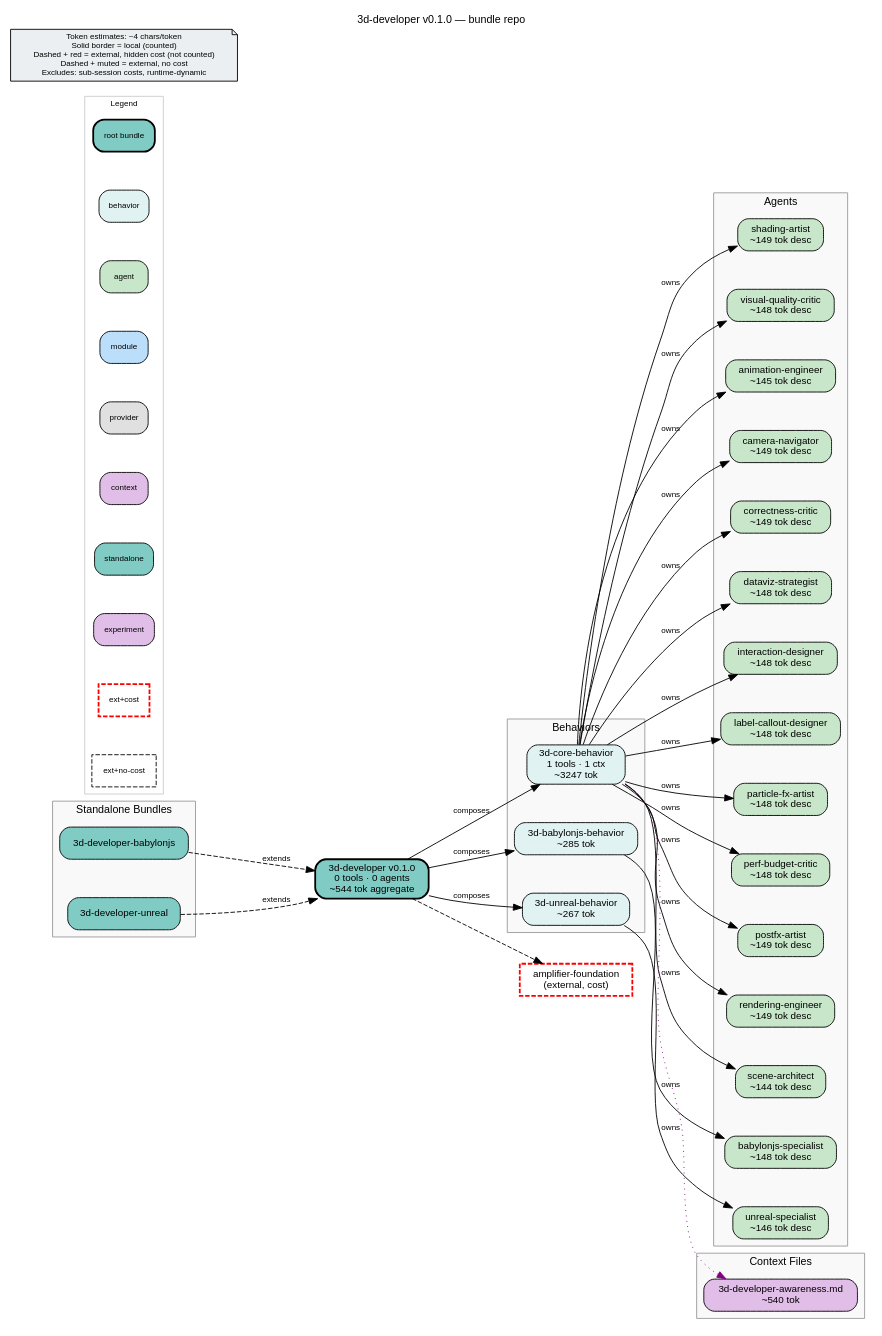
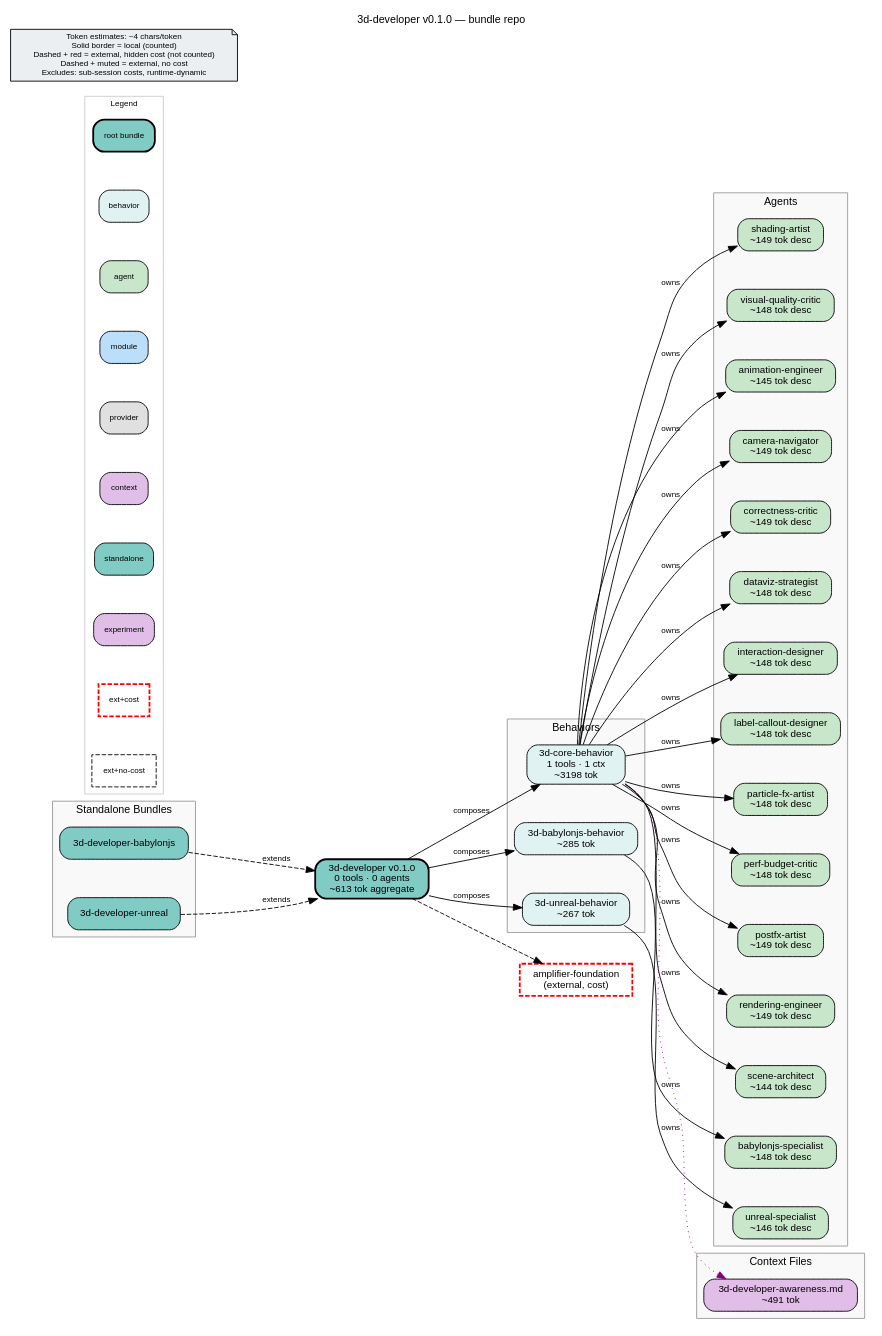
The diagram in bundle.dot (colombod/amplifier-bundle-3d-developer), drawn with Graphviz before and after one commit. The commit also changed 4 other files, not shown here.

```diff
--- a/bundle.dot
+++ b/bundle.dot
@@ -1,116 +1,116 @@
 digraph n_3d_developer {
     rankdir=LR
     fontname="Helvetica"
     fontsize=12
     label="3d-developer v0.1.0 — bundle repo"
     labelloc=t
     labeljust=c
     nodesep=0.6
     ranksep=0.7
     bgcolor="white"
-    source_hash="8291c262c5576c7ab601466cf316b7c47fe72918a26efbe2048cf6c9a2c92885"
+    source_hash="7f9e7f44a97bf2ca8e852a793d760c52429abb2fe4b4b2e5582942f44c4f1efe"
 
     node [fontname="Helvetica", fontsize=11, style="filled,rounded"]
     edge [fontname="Helvetica", fontsize=9]
 
-    root_3d_developer [label="3d-developer v0.1.0\n0 tools · 0 agents\n~544 tok aggregate", shape=box, fillcolor="#80cbc4", style="filled,rounded,bold", penwidth=2]
+    root_3d_developer [label="3d-developer v0.1.0\n0 tools · 0 agents\n~613 tok aggregate", shape=box, fillcolor="#80cbc4", style="filled,rounded,bold", penwidth=2]
 
     subgraph cluster_behaviors {
         label="Behaviors"
         style="filled"
         fillcolor="#f9f9f9"
         color="#999999"
 
-        beh_3d_core_behavior [label="3d-core-behavior\n1 tools · 1 ctx\n~3247 tok", shape=box, fillcolor="#e0f2f1", style="filled,rounded"]
+        beh_3d_core_behavior [label="3d-core-behavior\n1 tools · 1 ctx\n~3198 tok", shape=box, fillcolor="#e0f2f1", style="filled,rounded"]
         beh_3d_babylonjs_behavior [label="3d-babylonjs-behavior\n~285 tok", shape=box, fillcolor="#e0f2f1", style="filled,rounded"]
         beh_3d_unreal_behavior [label="3d-unreal-behavior\n~267 tok", shape=box, fillcolor="#e0f2f1", style="filled,rounded"]
     }
 
     subgraph cluster_standalones {
         label="Standalone Bundles"
         style="filled"
         fillcolor="#f9f9f9"
         color="#999999"
 
         sta_3d_developer_babylonjs [label="3d-developer-babylonjs", shape=box, fillcolor="#80cbc4", style="filled,rounded"]
         sta_3d_developer_unreal [label="3d-developer-unreal", shape=box, fillcolor="#80cbc4", style="filled,rounded"]
     }
 
     subgraph cluster_agents {
         label="Agents"
         style="filled"
         fillcolor="#f9f9f9"
         color="#999999"
 
         agt_animation_engineer [label="animation-engineer\n~145 tok desc", shape=box, fillcolor="#c8e6c9", style="filled,rounded"]
         agt_babylonjs_specialist [label="babylonjs-specialist\n~148 tok desc", shape=box, fillcolor="#c8e6c9", style="filled,rounded"]
         agt_camera_navigator [label="camera-navigator\n~149 tok desc", shape=box, fillcolor="#c8e6c9", style="filled,rounded"]
         agt_correctness_critic [label="correctness-critic\n~149 tok desc", shape=box, fillcolor="#c8e6c9", style="filled,rounded"]
         agt_dataviz_strategist [label="dataviz-strategist\n~148 tok desc", shape=box, fillcolor="#c8e6c9", style="filled,rounded"]
         agt_interaction_designer [label="interaction-designer\n~148 tok desc", shape=box, fillcolor="#c8e6c9", style="filled,rounded"]
         agt_label_callout_designer [label="label-callout-designer\n~148 tok desc", shape=box, fillcolor="#c8e6c9", style="filled,rounded"]
         agt_particle_fx_artist [label="particle-fx-artist\n~148 tok desc", shape=box, fillcolor="#c8e6c9", style="filled,rounded"]
         agt_perf_budget_critic [label="perf-budget-critic\n~148 tok desc", shape=box, fillcolor="#c8e6c9", style="filled,rounded"]
         agt_postfx_artist [label="postfx-artist\n~149 tok desc", shape=box, fillcolor="#c8e6c9", style="filled,rounded"]
         agt_rendering_engineer [label="rendering-engineer\n~149 tok desc", shape=box, fillcolor="#c8e6c9", style="filled,rounded"]
         agt_scene_architect [label="scene-architect\n~144 tok desc", shape=box, fillcolor="#c8e6c9", style="filled,rounded"]
         agt_shading_artist [label="shading-artist\n~149 tok desc", shape=box, fillcolor="#c8e6c9", style="filled,rounded"]
         agt_unreal_specialist [label="unreal-specialist\n~146 tok desc", shape=box, fillcolor="#c8e6c9", style="filled,rounded"]
         agt_visual_quality_critic [label="visual-quality-critic\n~148 tok desc", shape=box, fillcolor="#c8e6c9", style="filled,rounded"]
     }
 
     subgraph cluster_context {
         label="Context Files"
         style="filled"
         fillcolor="#f9f9f9"
         color="#999999"
 
-        ctx_3d_developer_awareness_md [label="3d-developer-awareness.md\n~540 tok", shape=box, fillcolor="#e1bee7", style="filled,rounded"]
+        ctx_3d_developer_awareness_md [label="3d-developer-awareness.md\n~491 tok", shape=box, fillcolor="#e1bee7", style="filled,rounded"]
     }
 
     subgraph cluster_legend {
         label="Legend"
         style="filled"
         fillcolor="white"
         color="#cccccc"
         fontsize=9
 
         leg_root [label="root bundle", shape=box, fillcolor="#80cbc4", style="filled,rounded,bold", fontsize=9]
         leg_behavior [label="behavior", shape=box, fillcolor="#e0f2f1", style="filled,rounded", fontsize=9]
         leg_agent [label="agent", shape=box, fillcolor="#c8e6c9", style="filled,rounded", fontsize=9]
         leg_module [label="module", shape=box, fillcolor="#bbdefb", style="filled,rounded", fontsize=9]
         leg_provider [label="provider", shape=box, fillcolor="#e0e0e0", style="filled,rounded", fontsize=9]
         leg_context [label="context", shape=box, fillcolor="#e1bee7", style="filled,rounded", fontsize=9]
         leg_standalone [label="standalone", shape=box, fillcolor="#80cbc4", style="filled,rounded", fontsize=9]
         leg_experiment [label="experiment", shape=box, fillcolor="#e1bee7", style="filled,rounded", fontsize=9]
         leg_ext_cost [label="ext+cost", shape=box, fillcolor="#80cbc4", style="dashed", color="red", penwidth=2, fontsize=9]
         leg_ext_muted [label="ext+no-cost", shape=box, fillcolor="#f5f5f5", style="dashed", fontsize=9]
     }
 
     disclaimer [label="Token estimates: ~4 chars/token\nSolid border = local (counted)\nDashed + red = external, hidden cost (not counted)\nDashed + muted = external, no cost\nExcludes: sub-session costs, runtime-dynamic", shape=note, fillcolor="#eceff1", style="filled", fontsize=9]
 
     ext_githttps___github_com_microsoft_amplifier_foundation_main [label="amplifier-foundation\n(external, cost)", shape=box, fillcolor="#80cbc4", style="dashed", color="red", penwidth=2]
 
     root_3d_developer -> ext_githttps___github_com_microsoft_amplifier_foundation_main [style=dashed]
     root_3d_developer -> beh_3d_core_behavior [label="composes"]
     root_3d_developer -> beh_3d_babylonjs_behavior [label="composes"]
     root_3d_developer -> beh_3d_unreal_behavior [label="composes"]
     beh_3d_core_behavior -> agt_dataviz_strategist [label="owns"]
     beh_3d_core_behavior -> agt_scene_architect [label="owns"]
     beh_3d_core_behavior -> agt_rendering_engineer [label="owns"]
     beh_3d_core_behavior -> agt_shading_artist [label="owns"]
     beh_3d_core_behavior -> agt_interaction_designer [label="owns"]
     beh_3d_core_behavior -> agt_camera_navigator [label="owns"]
     beh_3d_core_behavior -> agt_postfx_artist [label="owns"]
     beh_3d_core_behavior -> agt_label_callout_designer [label="owns"]
     beh_3d_core_behavior -> agt_animation_engineer [label="owns"]
     beh_3d_core_behavior -> agt_particle_fx_artist [label="owns"]
     beh_3d_core_behavior -> agt_perf_budget_critic [label="owns"]
     beh_3d_core_behavior -> agt_visual_quality_critic [label="owns"]
     beh_3d_core_behavior -> agt_correctness_critic [label="owns"]
     beh_3d_core_behavior -> ctx_3d_developer_awareness_md [style=dotted, color=purple]
     beh_3d_babylonjs_behavior -> agt_babylonjs_specialist [label="owns"]
     beh_3d_unreal_behavior -> agt_unreal_specialist [label="owns"]
     sta_3d_developer_babylonjs -> root_3d_developer [label="extends", style=dashed]
     sta_3d_developer_unreal -> root_3d_developer [label="extends", style=dashed]
 }
```
